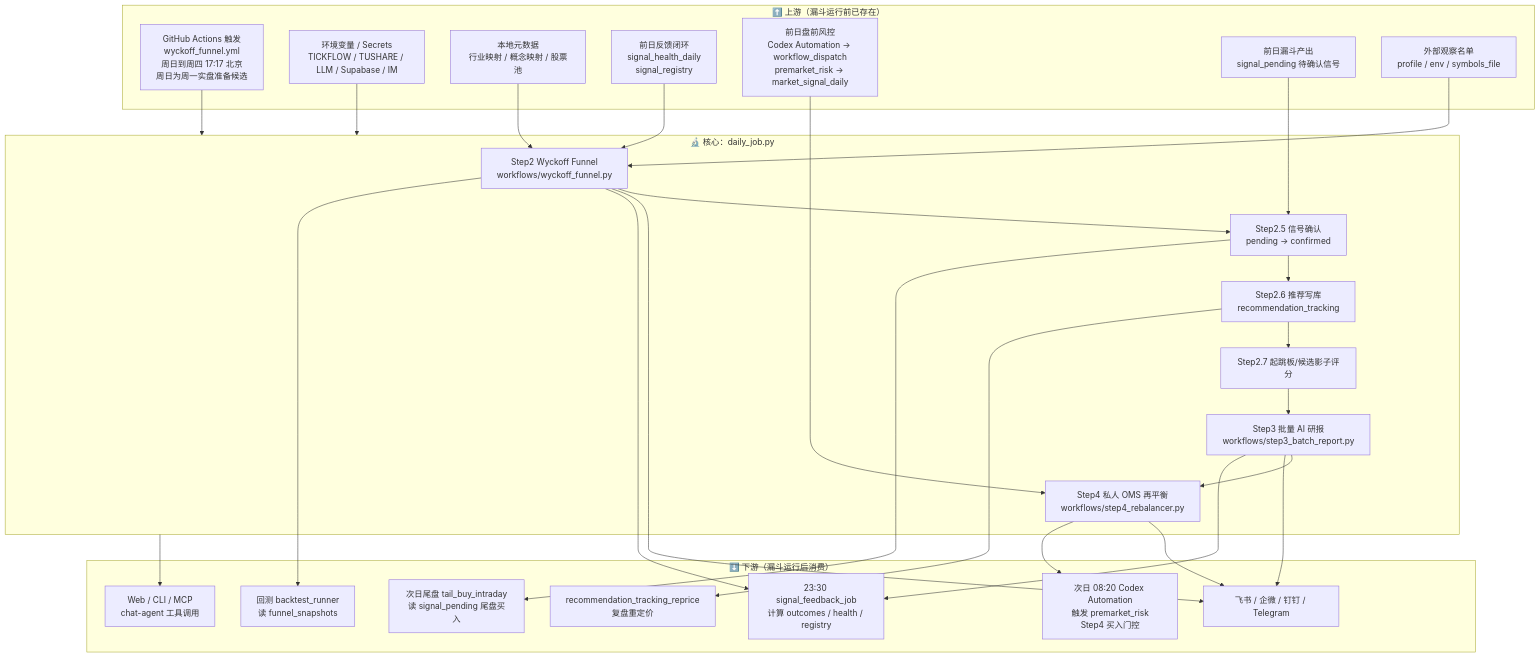
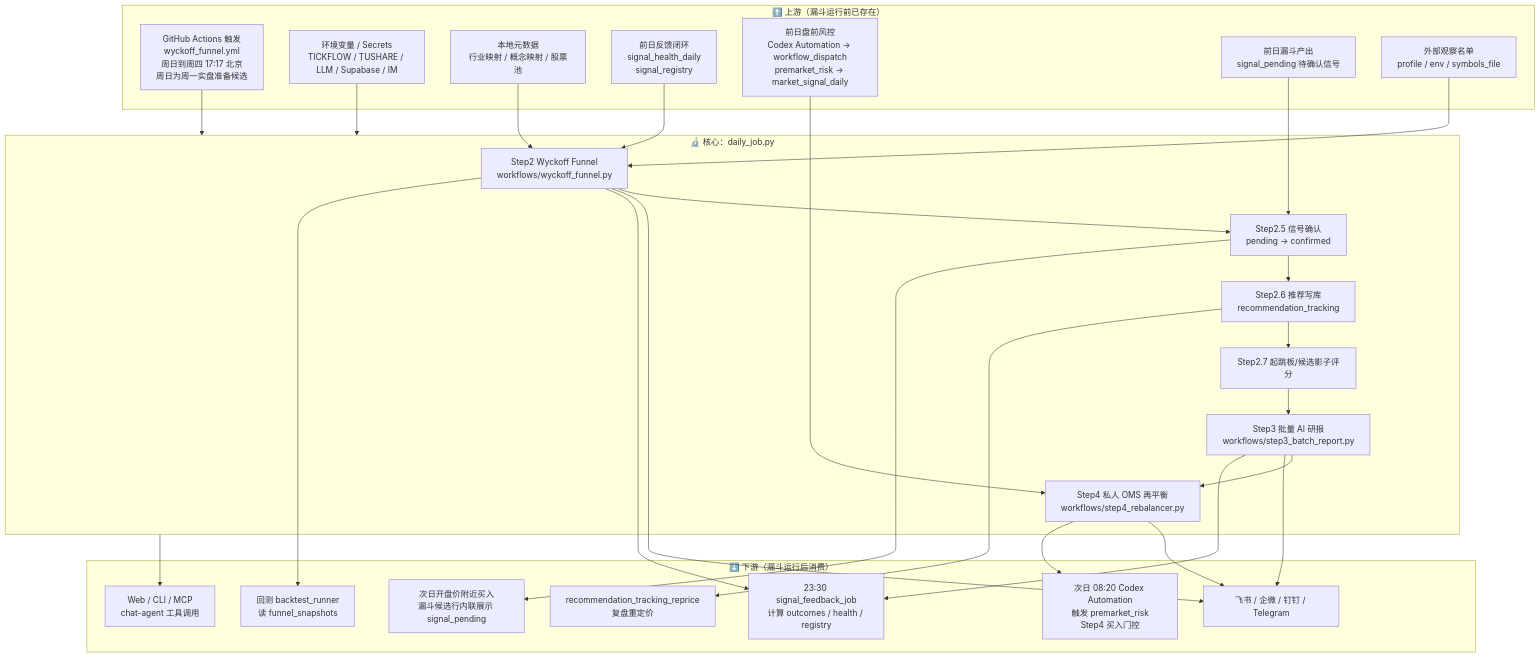
One commit to niyoh120/Wyckoff-Analysis changed the first of 7 diagrams in docs/A_SHARE_FUNNEL_FLOW.md. Above: the diagram before and after it, drawn with Mermaid. The commit also changed other lines of this file and 22 other files, not shown here.

````diff
--- a/docs/A_SHARE_FUNNEL_FLOW.md
+++ b/docs/A_SHARE_FUNNEL_FLOW.md
@@ -12,53 +12,53 @@
 ```mermaid
 flowchart TB
     subgraph UPSTREAM["⬆️ 上游（漏斗运行前已存在）"]
         U1["GitHub Actions 触发<br/>wyckoff_funnel.yml<br/>周日到周四 17:17 北京<br/>周日为周一实盘准备候选"]
         U2["环境变量 / Secrets<br/>TICKFLOW / TUSHARE / LLM / Supabase / IM"]
         U3["本地元数据<br/>行业映射 / 概念映射 / 股票池"]
         U4["前日反馈闭环<br/>signal_health_daily<br/>signal_registry"]
         U5["前日盘前风控<br/>Codex Automation → workflow_dispatch<br/>premarket_risk → market_signal_daily"]
         U6["前日漏斗产出<br/>signal_pending 待确认信号"]
         U7["外部观察名单<br/>profile / env / symbols_file"]
     end
 
     subgraph CORE["🔬 核心：daily_job.py"]
         S2["Step2 Wyckoff Funnel<br/>workflows/wyckoff_funnel.py"]
         S25["Step2.5 信号确认<br/>pending → confirmed"]
         S26["Step2.6 推荐写库<br/>recommendation_tracking"]
         S27["Step2.7 起跳板/候选影子评分"]
         S3["Step3 批量 AI 研报<br/>workflows/step3_batch_report.py"]
         S4["Step4 私人 OMS 再平衡<br/>workflows/step4_rebalancer.py"]
     end
 
     subgraph DOWNSTREAM["⬇️ 下游（漏斗运行后消费）"]
         D1["23:30 signal_feedback_job<br/>计算 outcomes / health / registry"]
         D2["次日 08:20 Codex Automation<br/>触发 premarket_risk<br/>Step4 买入门控"]
-        D3["次日尾盘 tail_buy_intraday<br/>读 signal_pending 尾盘买入"]
+        D3["次日开盘价附近买入<br/>漏斗候选行内联展示 signal_pending"]
         D4["Web / CLI / MCP<br/>chat-agent 工具调用"]
         D5["回测 backtest_runner<br/>读 funnel_snapshots"]
         D6["recommendation_tracking_reprice<br/>复盘重定价"]
         D7["飞书 / 企微 / 钉钉 / Telegram"]
     end
 
     U1 --> CORE
     U2 --> CORE
     U3 --> S2
     U4 --> S2
     U5 --> S4
     U6 --> S25
     U7 --> S2
 
     S2 --> S25 --> S26 --> S27 --> S3 --> S4
 
     S2 --> D7
     S3 --> D7
     S4 --> D7
 
     S2 --> D1
     S3 --> D1
     S4 --> D2
     S25 --> D3
     S26 --> D6
     S2 --> D5
     CORE --> D4
 ```
````
